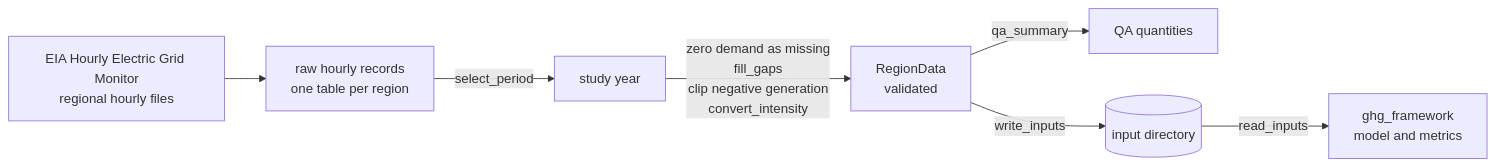
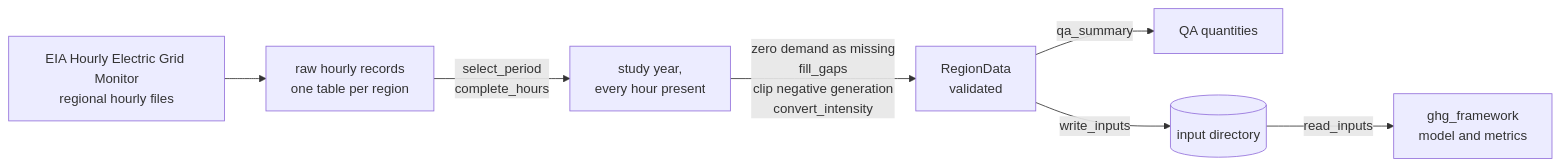
One commit to Henryutd2021/ghg-load-regulation changed the diagram in docs/data_pipeline.md. Above: the diagram before and after it, drawn with Mermaid. The commit also changed other lines of this file and 19 other files, not shown here.

Commit message:
Address review: c_max default as a share of total generation, hourly cadence and missing-row completion, verified solutions with tighter tolerances and Eqs. 6-7 in the article's form, NaN totals for unsolved windows, indicator and adjusted-hour counts, case validation, study-design documentation

````diff
--- a/docs/data_pipeline.md
+++ b/docs/data_pipeline.md
@@ -14,9 +14,9 @@
 ```mermaid
 flowchart LR
   EIA[EIA Hourly Electric Grid Monitor<br/>regional hourly files] --> RAW[raw hourly records<br/>one table per region]
-  RAW -->|select_period| P[study year]
+  RAW -->|select_period<br/>complete_hours| P[study year,<br/>every hour present]
   P -->|zero demand as missing<br/>fill_gaps<br/>clip negative generation<br/>convert_intensity| R[RegionData<br/>validated]
   R -->|qa_summary| QA[QA quantities]
   R -->|write_inputs| D[(input directory)]
   D -->|read_inputs| M[ghg_framework<br/>model and metrics]
 ```
````
